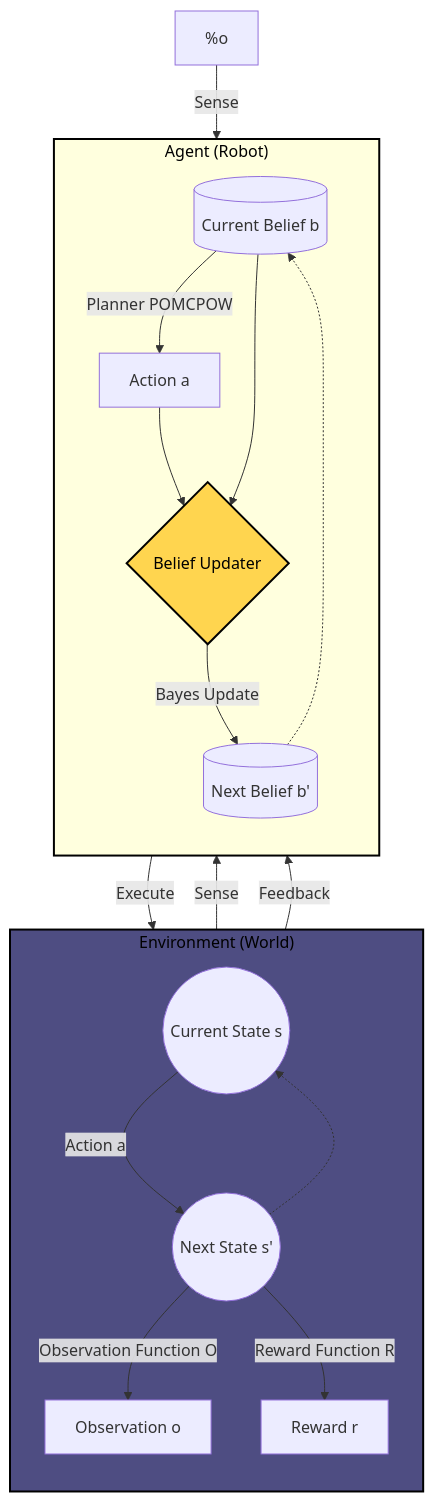
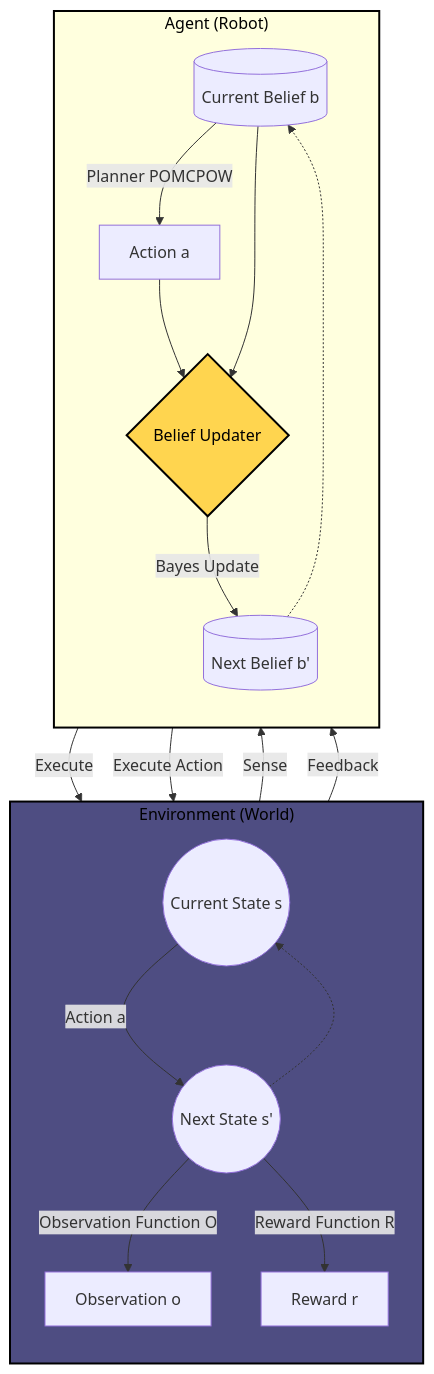
The second of 3 diagrams in README.md (hoashalarajh/Partially-Observable-Markov-Decision-Process-based-Robot-Decision-Making), drawn with Mermaid before and after one commit.

Commit message:
Update connections in README for clarity

````diff
--- a/README.md
+++ b/README.md
@@ -89,33 +89,33 @@
 ```mermaid
 graph TD
     subgraph Environment ["Environment (World)"]
         direction TB
         s_curr((Current State s)) -->|Action a| s_next((Next State s'))
         s_next -->|Observation Function O| o[Observation o]
         s_next -->|Reward Function R| r[Reward r]
     end
 
     subgraph Agent ["Agent (Robot)"]
         direction TB
         b_curr[(Current Belief b)] -->|Planner POMCPOW| a[Action a]
         o --> |Sense| Updater{Belief Updater}
         a --> Updater
         b_curr --> Updater
         Updater -->|Bayes Update| b_next[(Next Belief b')]
     end
 
     %% Connections between Agent and Environment
     a -->|Execute| s_curr
-    %o -->|Sense| Updater
     r -->|Feedback| b_next
+    a -->|Execute Action| s_curr
 
     %% The Loop Connection
     b_next -.-> b_curr
     s_next -.-> s_curr
 
     %% Styling
     %% I added 'color:black' (text) and 'stroke:black' (border) to Environment
     style Environment fill:#4e4d82,stroke:black,stroke-width:2px,color:black
     style Agent fill:##824d67,stroke:black,stroke-width:2px,color:black
     style Updater fill:#ffd54f,stroke:black,stroke-width:2px,color:black
 ```
````
